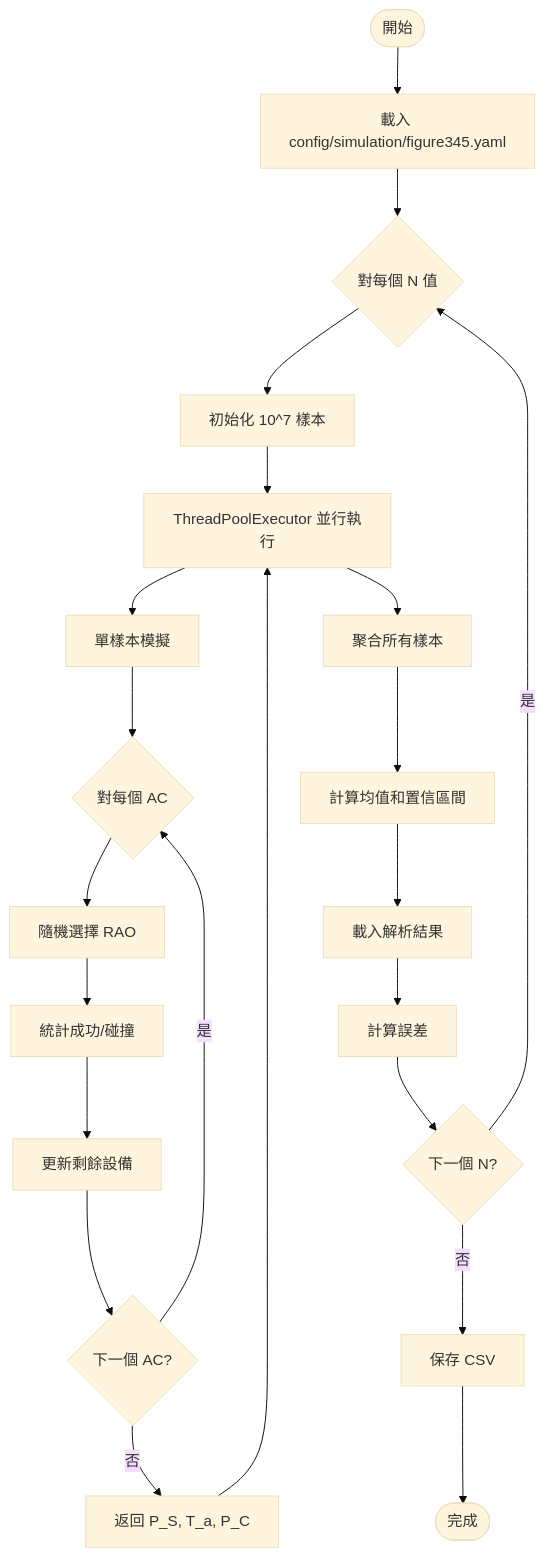
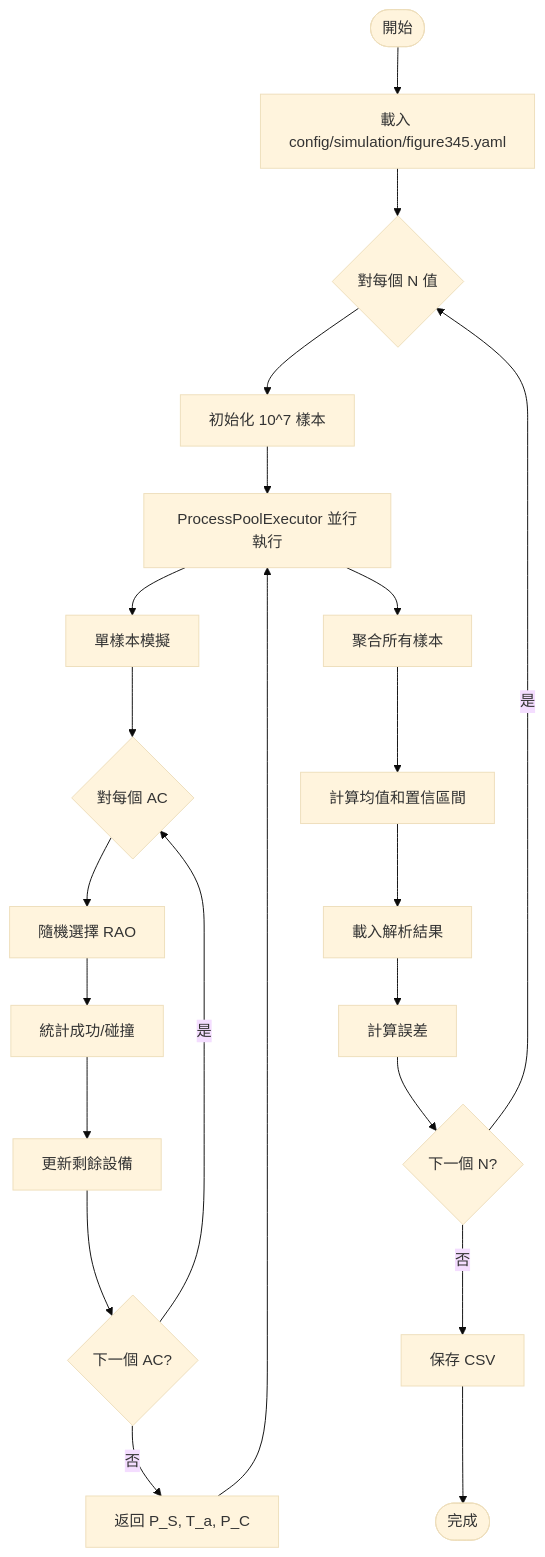
The eighth of 10 diagrams in README.md (simonmkkk/FYP-1-One-Shot-Random-Access-New-Architecture), drawn with Mermaid (base theme) before and after one commit. The commit also changed other lines of this file and 14 other files, not shown here.

````diff
--- a/README.md
+++ b/README.md
@@ -862,24 +862,24 @@
 ```mermaid
 flowchart TD
     Start([開始]) --> LoadConfig[載入 config/simulation/figure345.yaml]
     LoadConfig --> ForN{對每個 N 值}
     ForN --> InitSamples[初始化 10^7 樣本]
-    InitSamples --> Parallel[ThreadPoolExecutor 並行執行]
+    InitSamples --> Parallel[ProcessPoolExecutor 並行執行]
     Parallel --> SingleSample[單樣本模擬]
     SingleSample --> ForAC{對每個 AC}
     ForAC --> Random[隨機選擇 RAO]
     Random --> Count[統計成功/碰撞]
     Count --> Update[更新剩餘設備]
     Update --> NextAC{下一個 AC?}
     NextAC -->|是| ForAC
     NextAC -->|否| Return[返回 P_S, T_a, P_C]
     Return --> Parallel
     Parallel --> Aggregate[聚合所有樣本]
     Aggregate --> CalcMetrics[計算均值和置信區間]
     CalcMetrics --> LoadAnalytical[載入解析結果]
     LoadAnalytical --> CalcError[計算誤差]
     CalcError --> NextN{下一個 N?}
     NextN -->|是| ForN
     NextN -->|否| SaveCSV[保存 CSV]
     SaveCSV --> End([完成])
 ```
````
